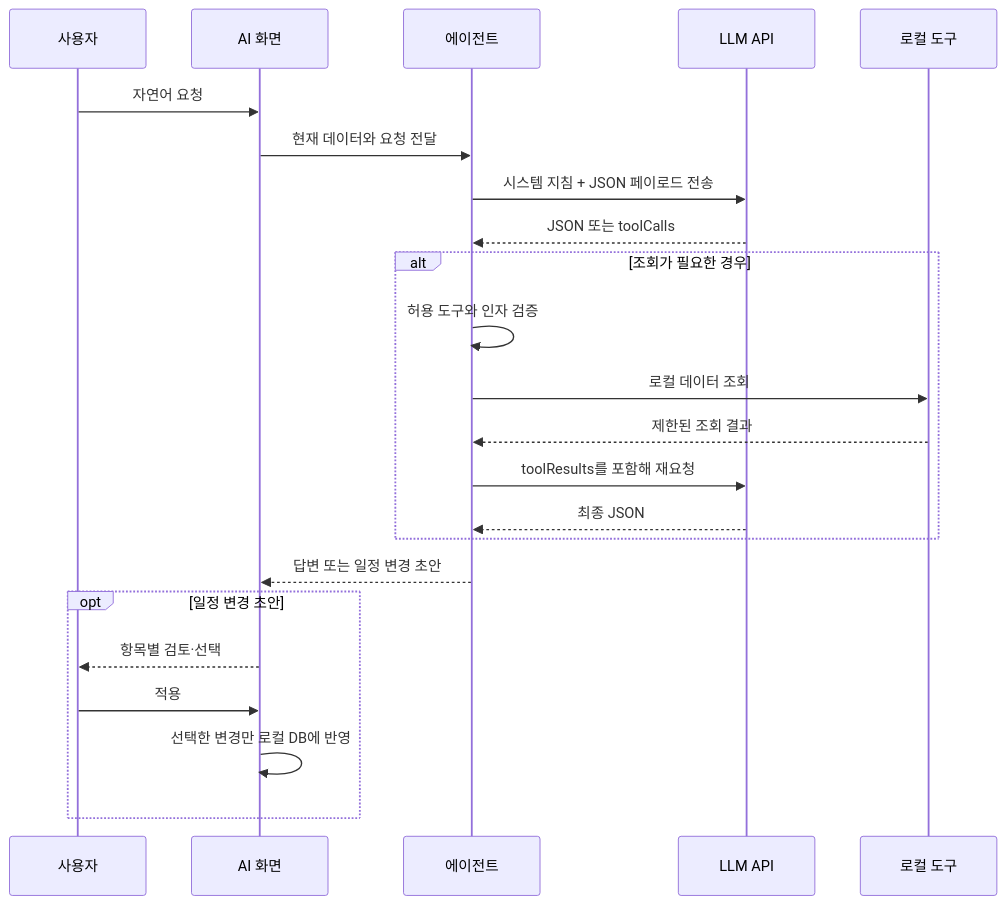
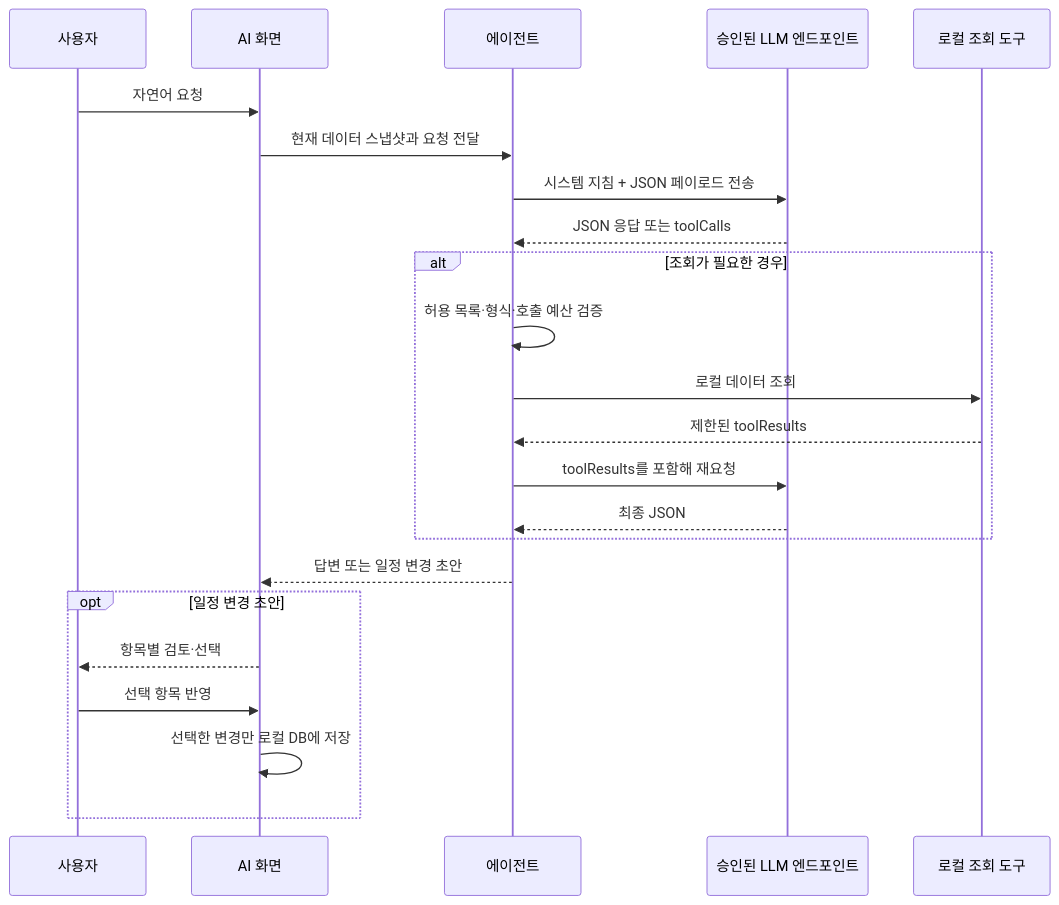
One commit to sohnjun96/AI-Planner changed the diagram in docs/TOOL_CALLING.md. Above: the diagram before and after it, drawn with Mermaid. The commit also changed other lines of this file and 1 other file, not shown here.

Commit message:
docs: tool calling 구현 현황 갱신

````diff
--- a/docs/TOOL_CALLING.md
+++ b/docs/TOOL_CALLING.md
@@ -9,26 +9,26 @@
 ```mermaid
 sequenceDiagram
     participant U as 사용자
     participant UI as AI 화면
     participant A as 에이전트
-    participant L as LLM API
-    participant T as 로컬 도구
+    participant L as 승인된 LLM 엔드포인트
+    participant T as 로컬 조회 도구
 
     U->>UI: 자연어 요청
-    UI->>A: 현재 데이터와 요청 전달
+    UI->>A: 현재 데이터 스냅샷과 요청 전달
     A->>L: 시스템 지침 + JSON 페이로드 전송
-    L-->>A: JSON 또는 toolCalls
+    L-->>A: JSON 응답 또는 toolCalls
     alt 조회가 필요한 경우
-        A->>A: 허용 도구와 인자 검증
+        A->>A: 허용 목록·형식·호출 예산 검증
         A->>T: 로컬 데이터 조회
-        T-->>A: 제한된 조회 결과
+        T-->>A: 제한된 toolResults
         A->>L: toolResults를 포함해 재요청
         L-->>A: 최종 JSON
     end
     A-->>UI: 답변 또는 일정 변경 초안
     opt 일정 변경 초안
         UI-->>U: 항목별 검토·선택
-        U->>UI: 적용
-        UI->>UI: 선택한 변경만 로컬 DB에 반영
+        U->>UI: 선택 항목 반영
+        UI->>UI: 선택한 변경만 로컬 DB에 저장
     end
 ```
````
